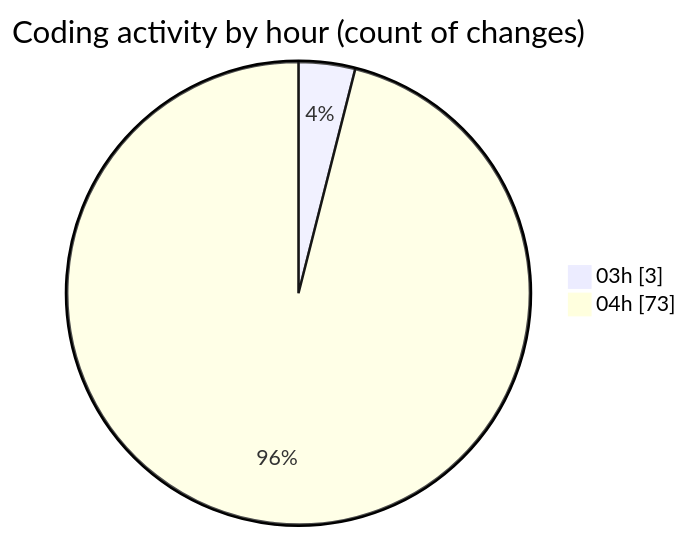
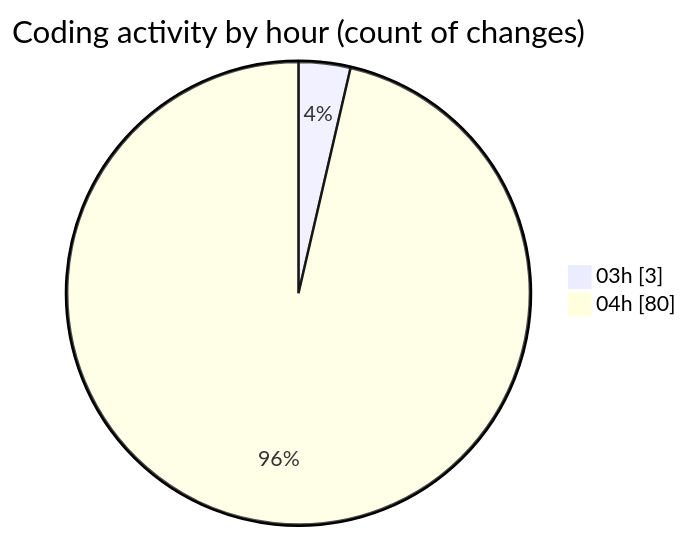
The second of 2 diagrams in 2025-01-03/tinycms/README.md (ernivani/code-tracking), drawn with Mermaid before and after one commit. The commit also changed other lines of this file and 2 other files, not shown here.

````diff
--- a/2025-01-03/tinycms/README.md
+++ b/2025-01-03/tinycms/README.md
@@ -48,6 +49,6 @@
 ```mermaid
 pie showData
 title Coding activity by hour (count of changes)
 "03h" : 3
-"04h" : 73
+"04h" : 80
 ```
````
